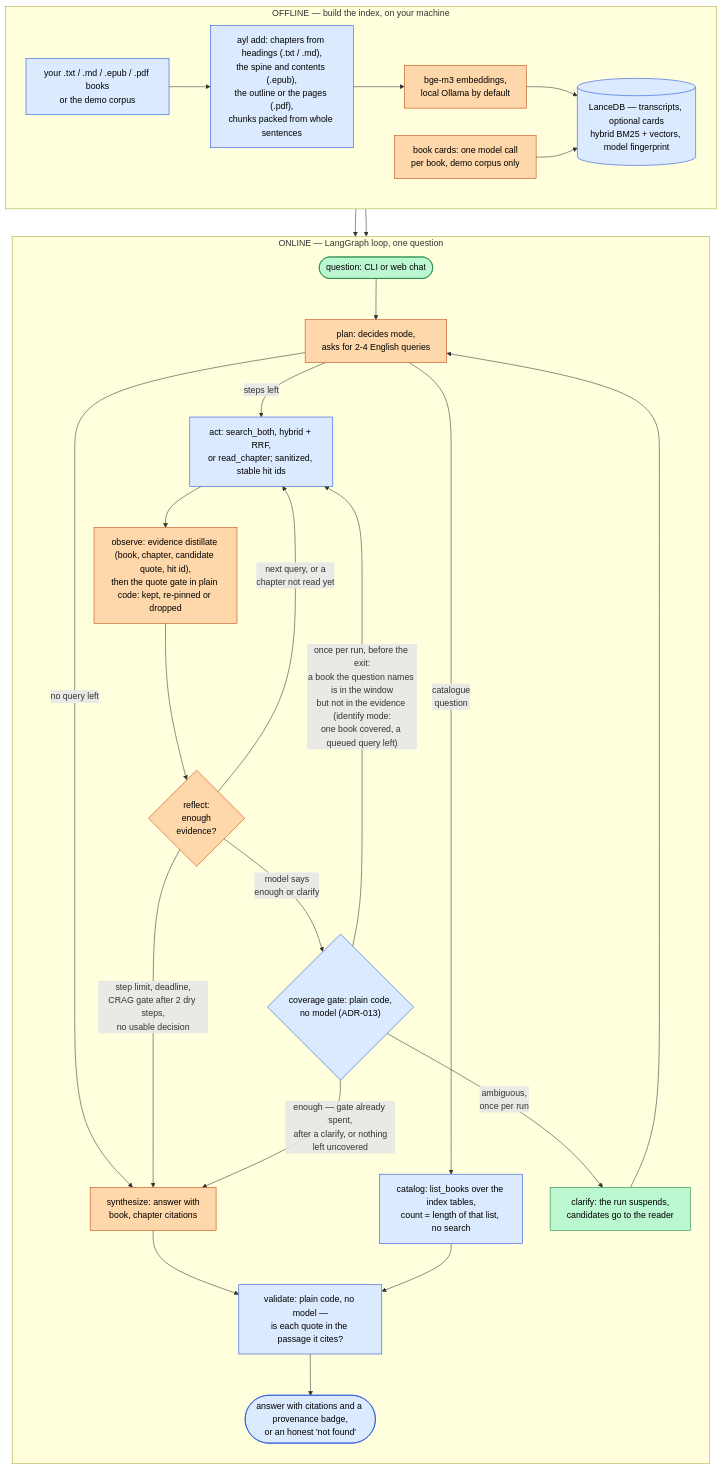
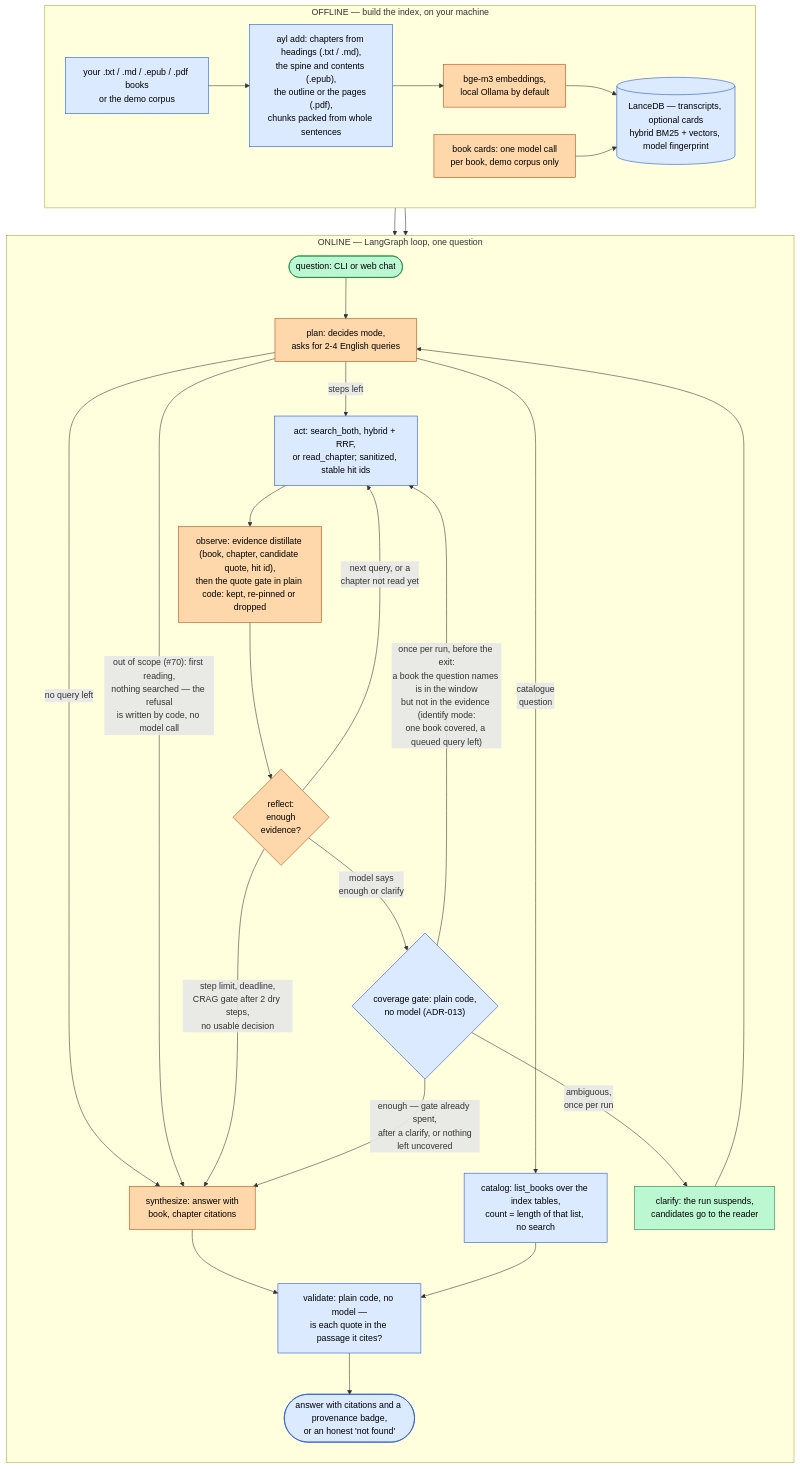
One commit to ievgen-borysenko/ask-your-library changed the first of 2 diagrams in docs/architecture.md. Above: the diagram before and after it, drawn with Mermaid. The commit also changed other lines of this file and 14 other files, not shown here.

````diff
--- a/docs/architecture.md
+++ b/docs/architecture.md
@@ -11,36 +11,37 @@
 ```mermaid
 flowchart TB
     subgraph offline["OFFLINE — build the index, on your machine"]
         direction LR
         BK["your .txt / .md / .epub / .pdf books<br/>or the demo corpus"]:::code
         CRD["book cards: one model call<br/>per book, demo corpus only"]:::ai
         BK --> CHK["ayl add: chapters from headings (.txt / .md),<br/>the spine and contents (.epub),<br/>the outline or the pages (.pdf),<br/>chunks packed from whole sentences"]:::code
         CHK --> EMB["bge-m3 embeddings,<br/>local Ollama by default"]:::ai
         EMB --> DB[("LanceDB — transcripts, optional cards<br/>hybrid BM25 + vectors, model fingerprint")]:::code
         CRD --> DB
     end
     subgraph online["ONLINE — LangGraph loop, one question"]
         direction TB
         Q(["question: CLI or web chat"]):::human --> PLAN["plan: decides mode,<br/>asks for 2-4 English queries"]:::ai
         PLAN -->|"catalogue<br/>question"| CAT["catalog: list_books over the index tables,<br/>count = length of that list, no search"]:::code
         PLAN -->|"steps left"| ACT["act: search_both, hybrid + RRF,<br/>or read_chapter; sanitized, stable hit ids"]:::code
         PLAN -->|"no query left"| SYN
+        PLAN -->|"out of scope (#70): first reading,<br/>nothing searched — the refusal<br/>is written by code, no model call"| SYN
         ACT --> OBS["observe: evidence distillate (book, chapter, candidate quote, hit id),<br/>then the quote gate in plain code: kept, re-pinned or dropped"]:::ai
         OBS --> REF{"reflect:<br/>enough<br/>evidence?"}:::ai
         REF -->|"next query, or a<br/>chapter not read yet"| ACT
         REF -->|"step limit, deadline,<br/>CRAG gate after 2 dry steps,<br/>no usable decision"| SYN["synthesize: answer with<br/>book, chapter citations"]:::ai
         REF -->|"model says<br/>enough or clarify"| COV{"coverage gate: plain code,<br/>no model (ADR-013)"}:::code
         COV -->|"once per run, before the exit:<br/>a book the question names is in the window<br/>but not in the evidence (identify mode:<br/>one book covered, a queued query left)"| ACT
         COV -->|"ambiguous,<br/>once per run"| CLR["clarify: the run suspends,<br/>candidates go to the reader"]:::human
         CLR --> PLAN
         COV -->|"enough — gate already spent,<br/>after a clarify, or nothing<br/>left uncovered"| SYN
         SYN --> VAL["validate: plain code, no model —<br/>is each quote in the passage it cites?"]:::code
         CAT --> VAL
         VAL --> OUT(["answer with citations and a provenance badge,<br/>or an honest 'not found'"]):::code
     end
     DB --> ACT
     DB --> CAT
     classDef code fill:#dbeafe,stroke:#1d4ed8,color:#000
     classDef ai fill:#fed7aa,stroke:#c2410c,color:#000
     classDef human fill:#bbf7d0,stroke:#15803d,color:#000
 ```
````
